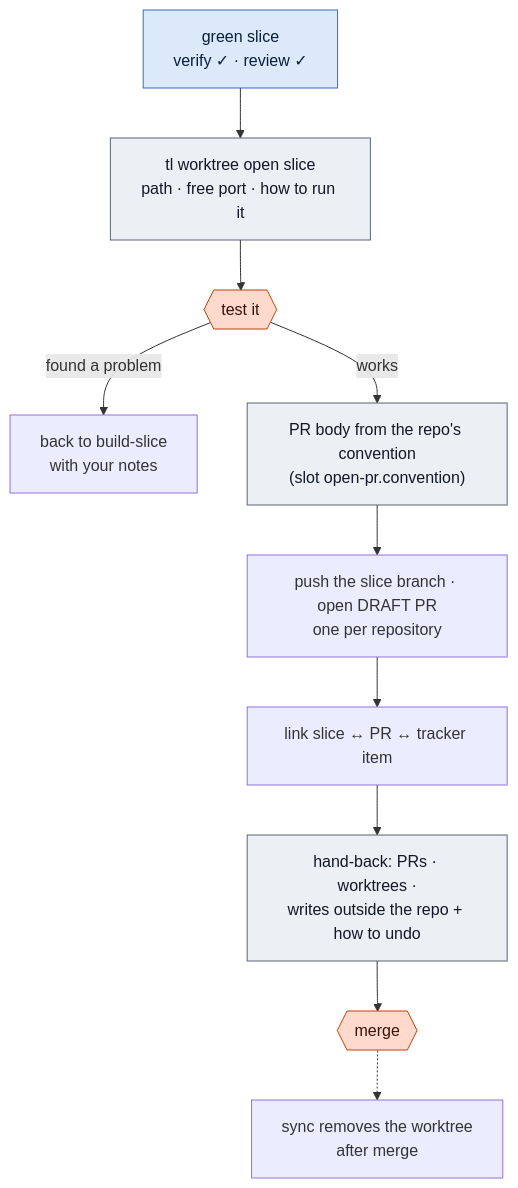
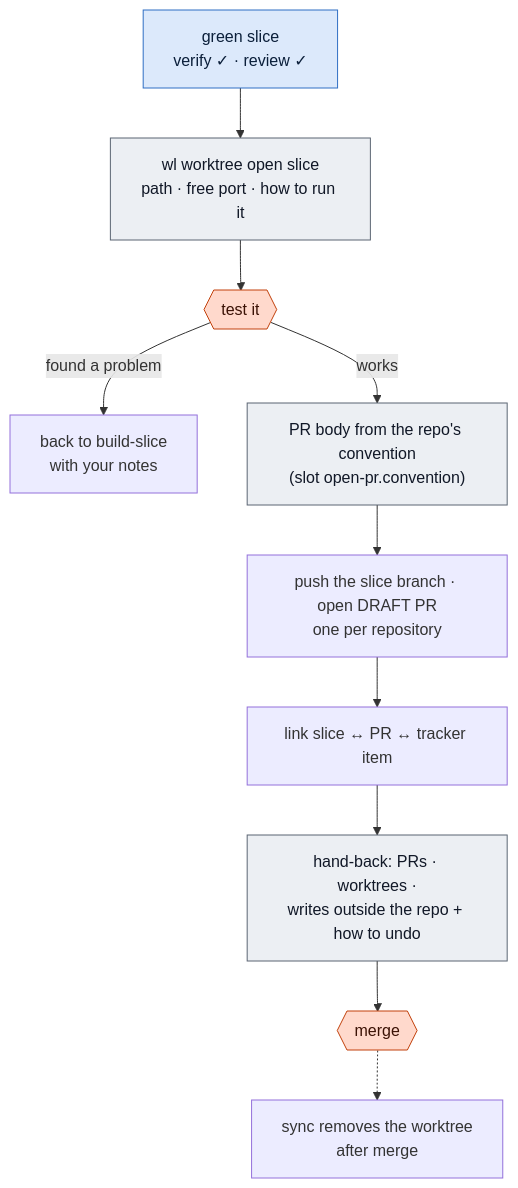
The diagram in docs/flow/build/open-pr.md (dreamingechoes/wholeloop), drawn with Mermaid before and after one commit. The commit also changed other lines of this file and 61 other files, not shown here.

````diff
--- a/docs/flow/build/open-pr.md
+++ b/docs/flow/build/open-pr.md
@@ -31,15 +31,15 @@
 ```mermaid
 flowchart TD
-  G["green slice<br/>verify ✓ · review ✓"]:::build --> H["tl worktree open slice<br/>path · free port · how to run it"]:::core
+  G["green slice<br/>verify ✓ · review ✓"]:::build --> H["wl worktree open slice<br/>path · free port · how to run it"]:::core
   H --> T{{"test it"}}:::person
   T -- "found a problem" --> BK["back to build-slice<br/>with your notes"]
   T -- "works" --> C["PR body from the repo's convention<br/>(slot open-pr.convention)"]:::core
   C --> P["push the slice branch · open DRAFT PR<br/>one per repository"]
   P --> LK["link slice ↔ PR ↔ tracker item"]
   LK --> HB["hand-back: PRs · worktrees ·<br/>writes outside the repo + how to undo"]:::core
   HB --> M{{"merge"}}:::person
   M -.-> SY["sync removes the worktree<br/>after merge"]
   classDef build fill:#dce9fb,stroke:#2f6fc4,color:#0b1f3a;
   classDef person fill:#ffd9cc,stroke:#c2410c,color:#3b1205;
   classDef core fill:#eceff3,stroke:#5b6573,color:#111827;
 ```
````
